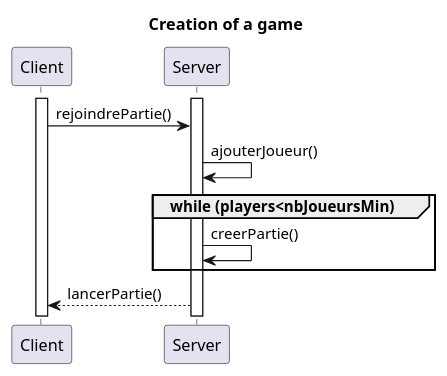
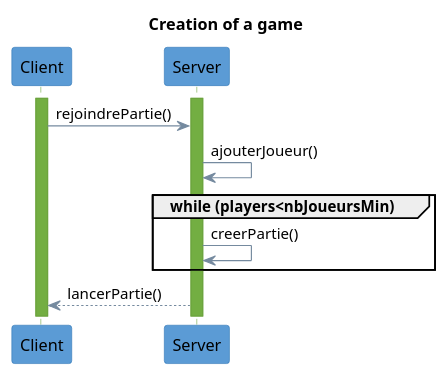
One commit to AntoineAugusti/diplo changed the diagram in rapports/final/diagrammes/dss_create.plantuml. Above: the diagram before and after it, drawn with PlantUML. The commit also changed 7 other files, not shown here.

Commit message:
Ajout du skin flat sur les diagrammes côté client

```diff
--- a/rapports/final/diagrammes/dss_create.plantuml
+++ b/rapports/final/diagrammes/dss_create.plantuml
@@ -1,16 +1,79 @@
 @startuml
+
+skinparam shadowing false
+skinparam stereotypeCBackgroundColor #5B9BD5
+' skinparam backgroundColor transparent
+
+skinparam note {
+  BackgroundColor #73AE42
+  BorderColor #6CA43E
+  FontColor white
+}
+
+skinparam class {
+  BackgroundColor #EEEEEE
+  ArrowColor #758A9F
+  BorderColor #FFFFFF
+}
+
+skinparam sequence {
+  ArrowColor #6CA43E
+
+  LifeLineBorderColor #6CA43E
+  LifeLineBackgroundColor #73AE42
+
+  ParticipantBorderColor #2E75B5
+  ParticipantBackgroundColor #5B9BD5
+
+  ActorBorderColor #2E75B5
+  ActorBackgroundColor #5B9BD5
+
+  BoxLineColor #A5A5A5
+}
+
+skinparam state {
+  BackgroundColor #EEEEEE
+  ArrowColor #758A9F
+  BorderColor #9E9E9E
+}
+
+skinparam usecase {
+  BackgroundColor #EEEEEE
+  BorderColor #9E9E9E
+
+  ArrowColor #6CA43E
+  ActorBorderColor #6CA43E
+}
+
+skinparam component {
+  BackgroundColor #EEEEEE
+  ArrowColor #758A9F
+  BorderColor #9E9E9E
+}
+
+skinparam node {
+  BackgroundColor #FFFFFF
+  ArrowColor #758A9F
+  BorderColor #9E9E9E
+}
+
+skinparam database {
+  BackgroundColor #EEEEEE
+  ArrowColor #758A9F
+  BorderColor #9E9E9E
+}
 participant Client
 participant Server
 title Creation of a game
 
 
 activate Client
 activate Server
 Client -> Server : rejoindrePartie()
 Server -> Server : ajouterJoueur()
 
 group while (players<nbJoueursMin)
    Server -> Server : creerPartie()
 end
    Server --> Client : lancerPartie()
 @enduml
```
